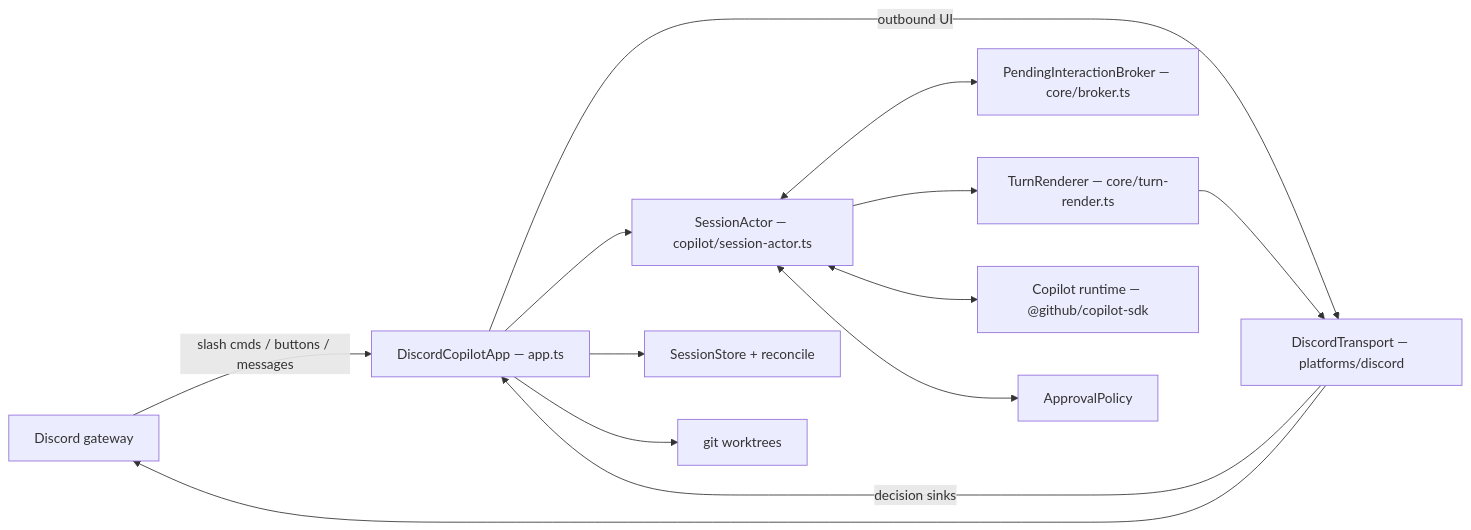
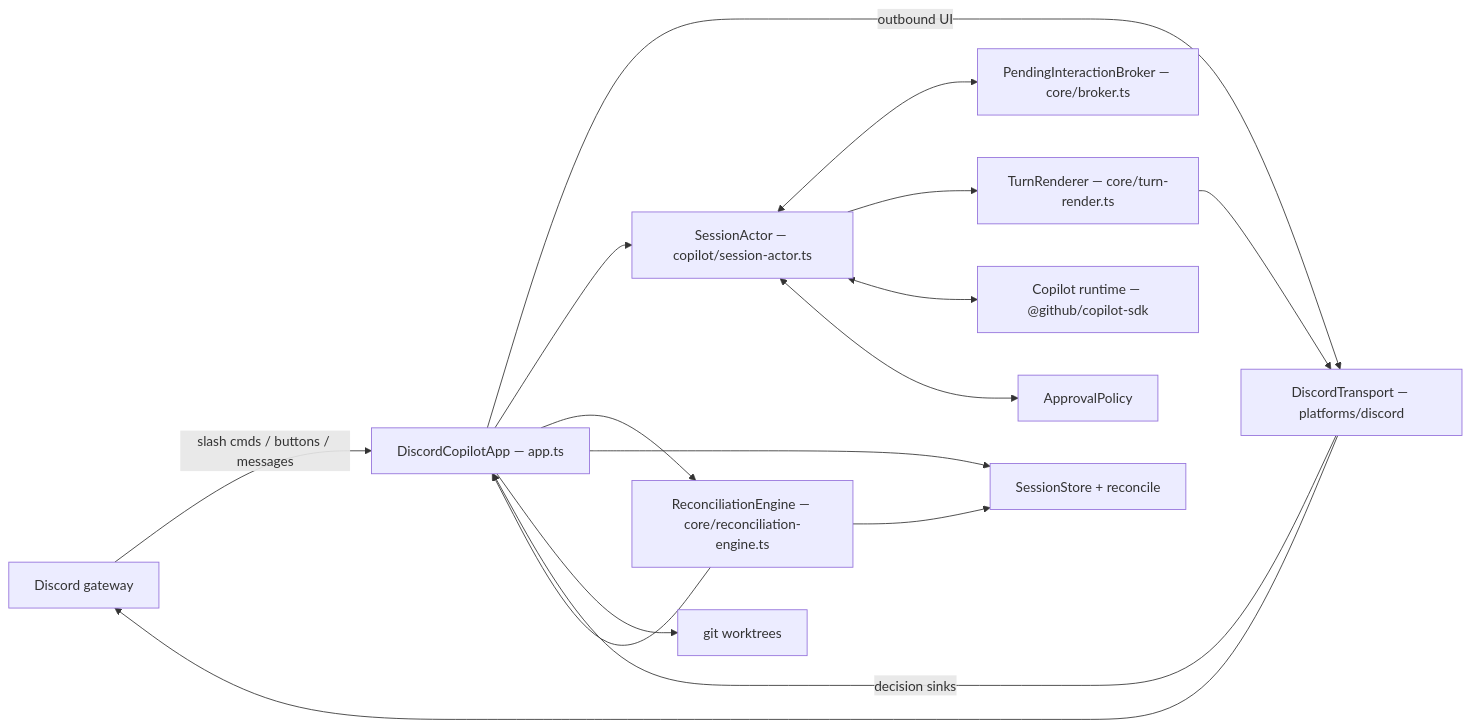
One commit to lettucebo/discord-copilot-sdk changed the diagram in .github/copilot-instructions.md. Above: the diagram before and after it, drawn with Mermaid. The commit also changed other lines of this file and 5 other files, not shown here.

First line of the commit message:
refactor(reconcile): extract the recovery engine

````diff
--- a/.github/copilot-instructions.md
+++ b/.github/copilot-instructions.md
@@ -48,15 +48,18 @@
 ```mermaid
 flowchart LR
   D["Discord gateway"] -- "slash cmds / buttons / messages" --> A["DiscordCopilotApp — app.ts"]
   A -- "outbound UI" --> T["DiscordTransport — platforms/discord"]
   T --> D
   T -- "decision sinks" --> A
   A --> S["SessionActor — copilot/session-actor.ts"]
   S <--> B["PendingInteractionBroker — core/broker.ts"]
   S --> R["TurnRenderer — core/turn-render.ts"]
   R --> T
   S <--> C["Copilot runtime — @github/copilot-sdk"]
-  A --> ST["SessionStore + reconcile"]
+  A --> RE["ReconciliationEngine — core/reconciliation-engine.ts"]
+  RE --> A
+  RE --> ST["SessionStore + reconcile"]
+  A --> ST
   A --> W["git worktrees"]
   S <--> P["ApprovalPolicy"]
 ```
````
